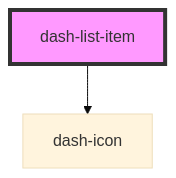
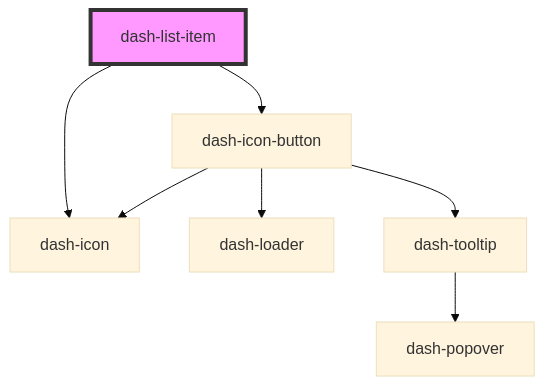
The diagram in packages/dash-components/src/components/dash-list-item/readme.md (jmanke/dash), drawn with Mermaid (base theme) before and after one commit. The commit also changed other lines of this file and 9 other files, not shown here.

````diff
--- a/packages/dash-components/src/components/dash-list-item/readme.md
+++ b/packages/dash-components/src/components/dash-list-item/readme.md
@@ -47,5 +48,10 @@
 ```mermaid
 graph TD;
   dash-list-item --> dash-icon
+  dash-list-item --> dash-icon-button
+  dash-icon-button --> dash-icon
+  dash-icon-button --> dash-loader
+  dash-icon-button --> dash-tooltip
+  dash-tooltip --> dash-popover
   style dash-list-item fill:#f9f,stroke:#333,stroke-width:4px
 ```
````
